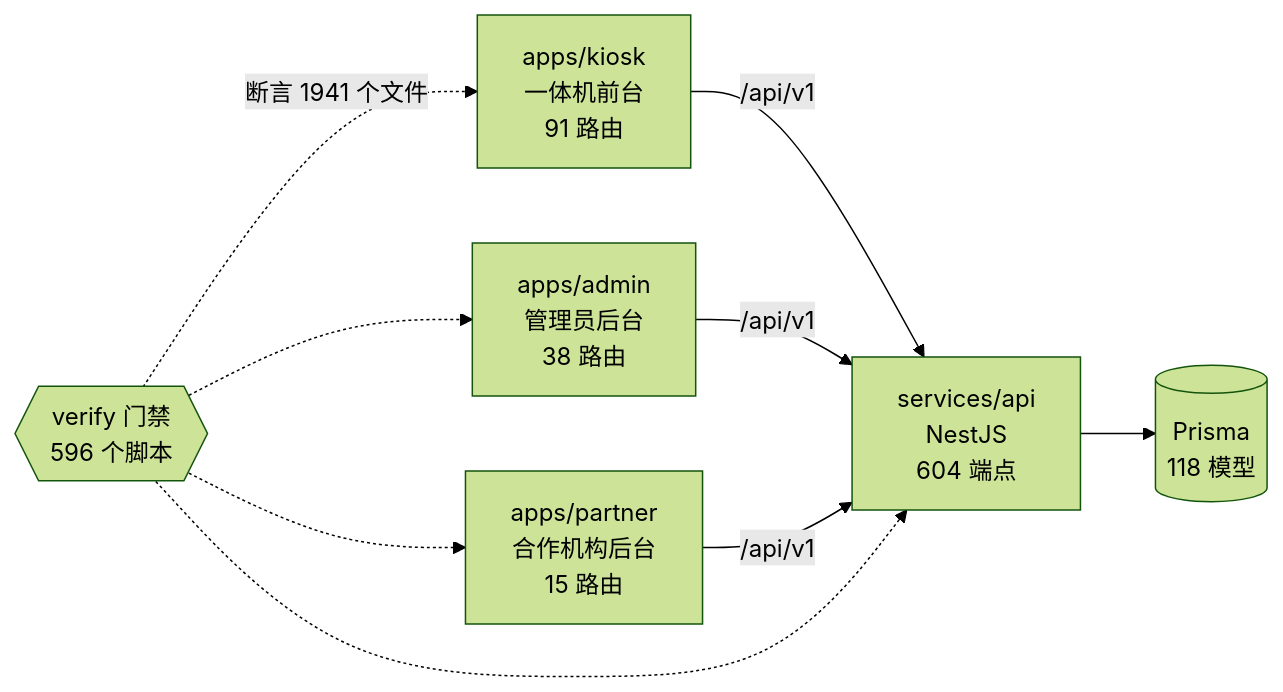
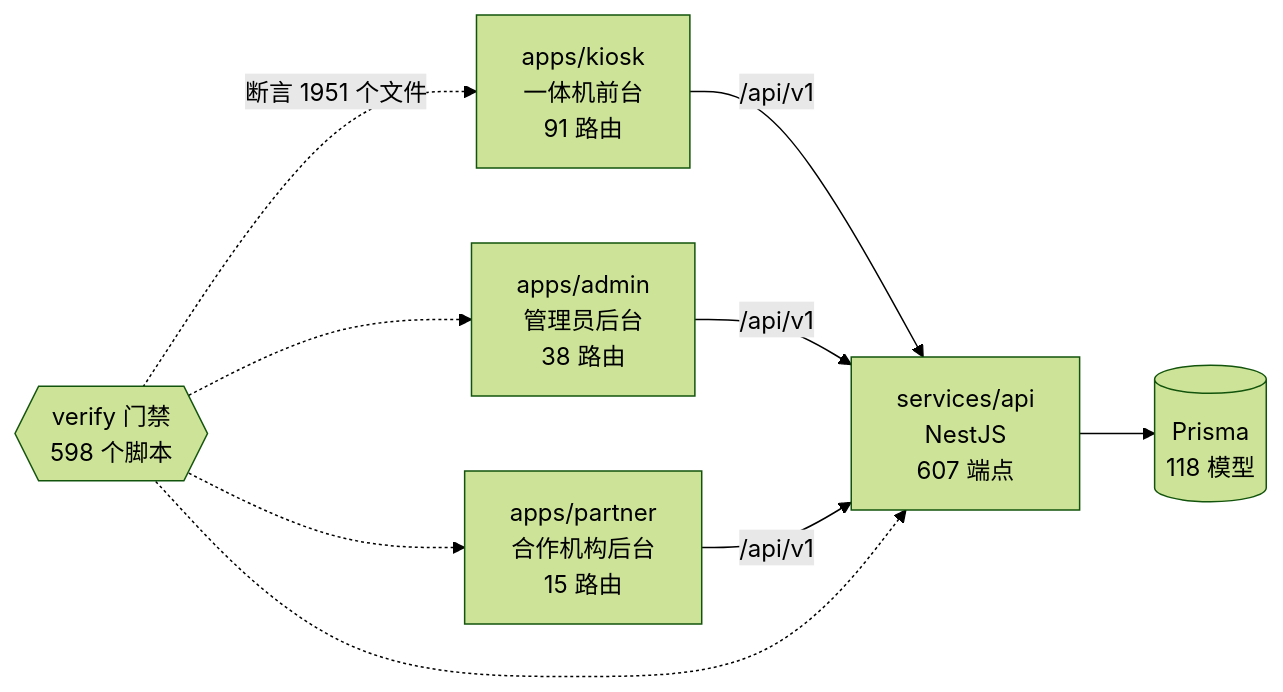
One commit to wanglei581/YITIJI changed the diagram in docs/graph/README.md. Above: the diagram before and after it, drawn with Mermaid (forest theme). The commit also changed other lines of this file and 1 other file, not shown here.

Commit message:
docs(graph): 并 main 后重出图谱

````diff
--- a/docs/graph/README.md
+++ b/docs/graph/README.md
@@ -68,18 +68,18 @@
 ```mermaid
 flowchart LR
   kiosk["apps/kiosk<br/>一体机前台<br/>91 路由"]
   admin["apps/admin<br/>管理员后台<br/>38 路由"]
   partner["apps/partner<br/>合作机构后台<br/>15 路由"]
-  api["services/api<br/>NestJS<br/>604 端点"]
+  api["services/api<br/>NestJS<br/>607 端点"]
   db[("Prisma<br/>118 模型")]
-  gates{{"verify 门禁<br/>596 个脚本"}}
+  gates{{"verify 门禁<br/>598 个脚本"}}
 
   kiosk -->|"/api/v1"| api
   admin -->|"/api/v1"| api
   partner -->|"/api/v1"| api
   api --> db
-  gates -.->|"断言 1941 个文件"| kiosk
+  gates -.->|"断言 1951 个文件"| kiosk
   gates -.-> admin
   gates -.-> partner
   gates -.-> api
 ```
````
